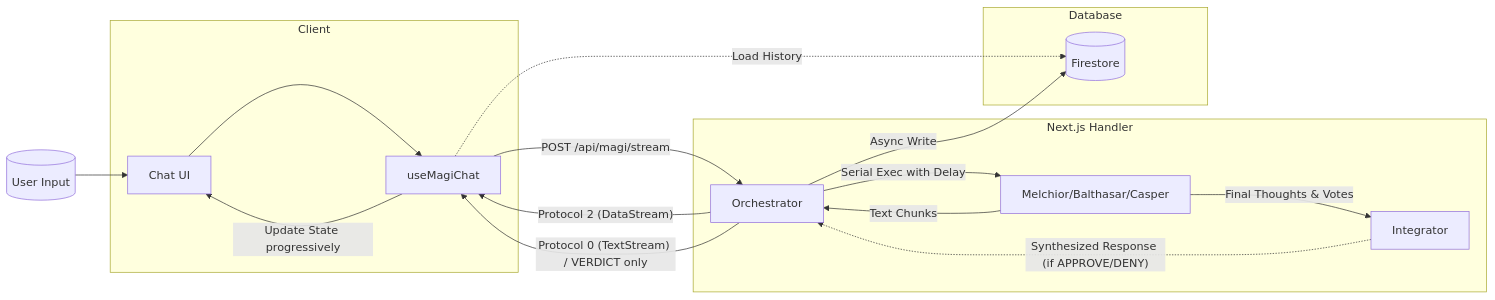
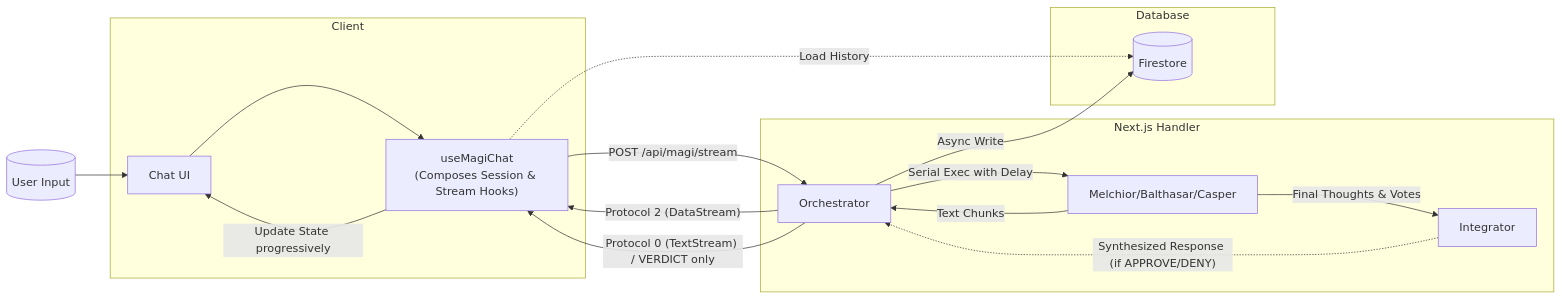
One commit to Kujo-n/maji-res changed the fourth of 5 diagrams in docs/design/architecture.md. Above: the diagram before and after it, drawn with Mermaid. The commit also changed 1 other file, not shown here.

Commit message:
docs: プリセット紐づけとフック分割リファクタリングの仕様をドキュメントと履歴に反映

````diff
--- a/docs/design/architecture.md
+++ b/docs/design/architecture.md
@@ -116,35 +116,35 @@
 ```mermaid
 flowchart LR
     User[("User Input")]
     
     subgraph Client
         UI[Chat UI]
-        Hook[useMagiChat]
+        Hook["useMagiChat<br/>(Composes Session & Stream Hooks)"]
     end
     
     subgraph Server["Next.js Handler"]
         Orch[Orchestrator]
         Agents[Melchior/Balthasar/Casper]
         Integ[Integrator]
     end
     
     subgraph Database
         DB[(Firestore)]
     end
     
     User --> UI
     UI --> Hook
     Hook -- "POST /api/magi/stream" --> Orch
     
     Orch -- "Serial Exec with Delay" --> Agents
     Agents -- "Text Chunks" --> Orch
     Orch -- "Protocol 2 (DataStream)" --> Hook
     Agents -- "Final Thoughts & Votes" --> Integ
     Integ -. "Synthesized Response (if APPROVE/DENY)" .-> Orch
     
     Orch -- "Protocol 0 (TextStream) / VERDICT only" --> Hook
     Hook -- "Update State progressively" --> UI
     
     Orch -- "Async Write" --> DB
     Hook -.-> |"Load History"| DB
 ```
````
